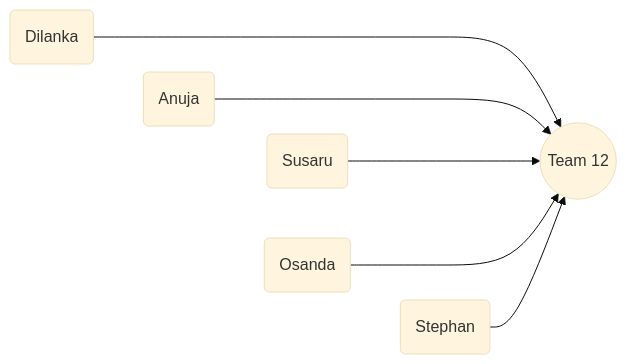
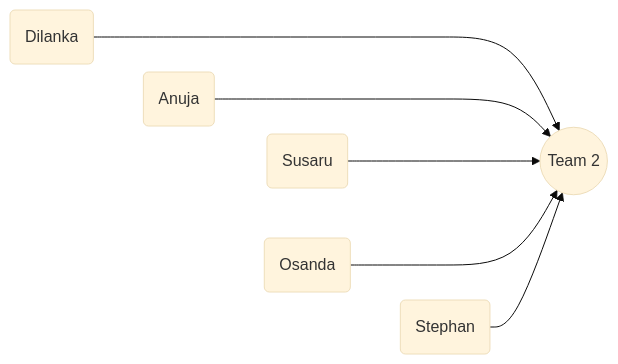
One commit to AnujaKalahara99/dbms_bankA changed the diagram in README.md. Above: the diagram before and after it, drawn with Mermaid (base theme). The commit also changed other lines of this file and 13 other files, not shown here.

Commit message:
new db schema

````diff
--- a/README.md
+++ b/README.md
@@ -284,8 +338,15 @@
 ```mermaid
+
 graph LR
-A(Dilanka) -----> D((Team 12))
-B(Anuja) ----> D((Team 12))
-C(Susaru) ---> D((Team 12))
-E(Osanda) ---> D((Team 12))
-F(Stephan) --> D((Team 12))
+
+A(Dilanka) -----> D((Team 2))
+
+B(Anuja) ----> D
+
+C(Susaru) ---> D
+
+E(Osanda) ---> D
+
+F(Stephan) --> D
+
 ```
````
